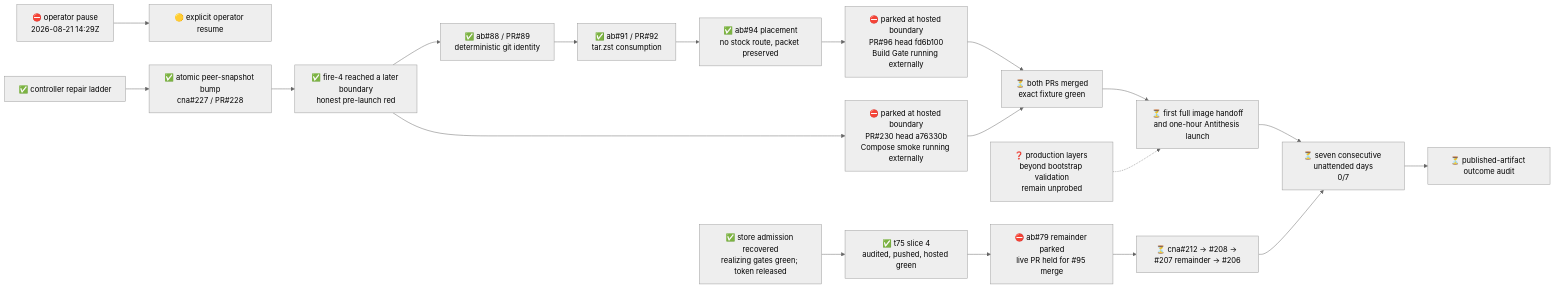
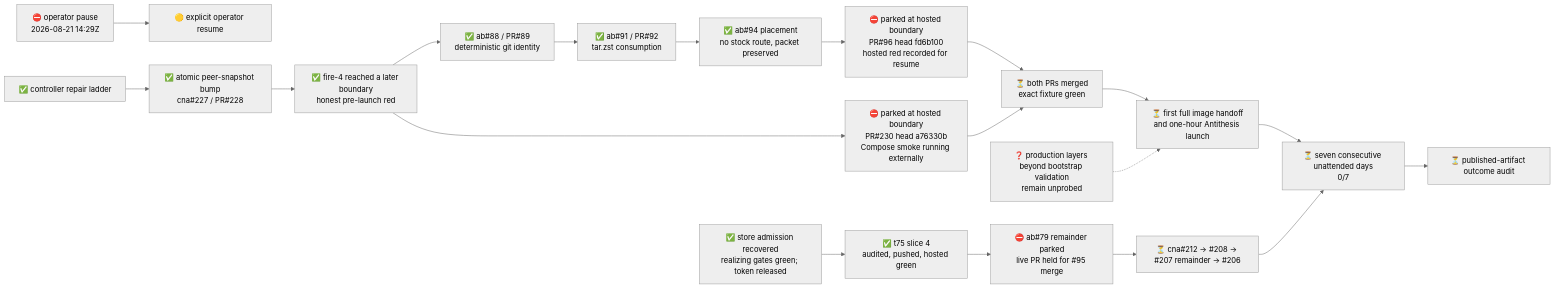
Before and after one commit to cardano-foundation/cardano-node-antithesis: the diagram in .milestones/2/state.md, drawn with Mermaid (neutral theme). The commit also changed other lines of this file and 6 other files, not shown here.

````diff
--- a/.milestones/2/state.md
+++ b/.milestones/2/state.md
@@ -13,17 +15,17 @@
 ```mermaid
 flowchart LR
     pause["⛔ operator pause<br/>2026-08-21 14:29Z"] --> resume["🟡 explicit operator resume"]
     ladder["✅ controller repair ladder"] --> atomic["✅ atomic peer-snapshot bump<br/>cna#227 / PR#228"]
     atomic --> fire4["✅ fire-4 reached a later boundary<br/>honest pre-launch red"]
     fire4 --> observe["⛔ parked at hosted boundary<br/>PR#230 head a76330b<br/>Compose smoke running externally"]
     fire4 --> gitinfo["✅ ab#88 / PR#89<br/>deterministic git identity"]
     gitinfo --> archives["✅ ab#91 / PR#92<br/>tar.zst consumption"]
     archives --> noroute["✅ ab#94 placement<br/>no stock route, packet preserved"]
-    noroute --> patch95["⛔ parked at hosted boundary<br/>PR#96 head fd6b100<br/>Build Gate running externally"] --> fire5["⏳ both PRs merged<br/>exact fixture green"]
+    noroute --> patch95["⛔ parked at hosted boundary<br/>PR#96 head fd6b100<br/>hosted red recorded for resume"] --> fire5["⏳ both PRs merged<br/>exact fixture green"]
     observe --> fire5
     fire5 --> launch["⏳ first full image handoff<br/>and one-hour Antithesis launch"]
     launch --> streak["⏳ seven consecutive unattended days<br/>0/7"] --> audit["⏳ published-artifact outcome audit"]
     capacity["✅ store admission recovered<br/>realizing gates green; token released"] --> t75["✅ t75 slice 4<br/>audited, pushed, hosted green"]
     t75 --> handoff79["⛔ ab#79 remainder parked<br/>live PR held for #95 merge"] --> hardening["⏳ cna#212 → #208 → #207 remainder → #206"] --> streak
     unknown["❓ production layers beyond bootstrap validation<br/>remain unprobed"] -.-> launch
 ```
````
